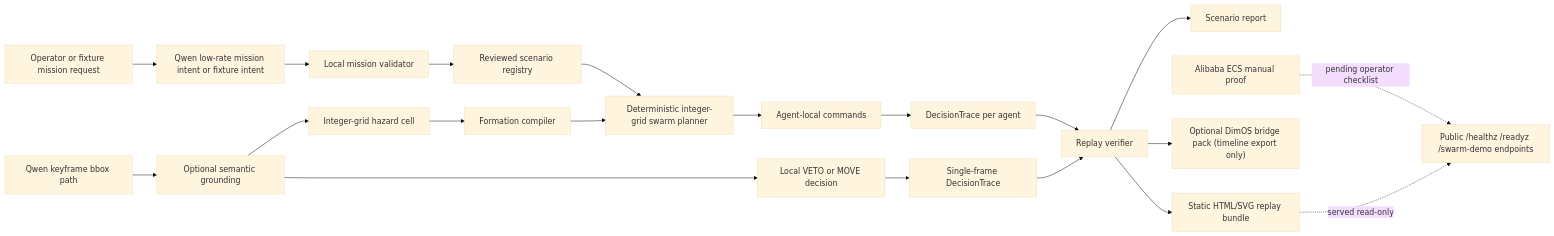
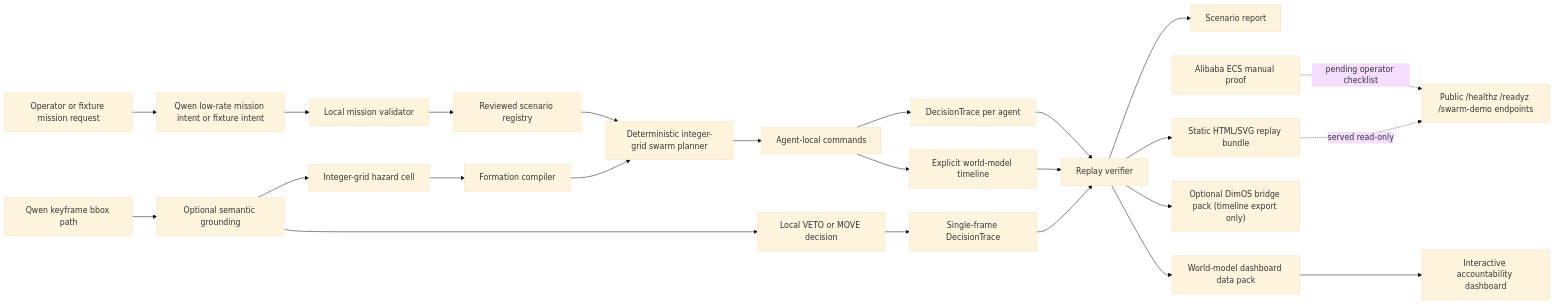
Before and after one commit to omarespejel/accountable-swarm: the diagram in docs/submission/architecture.md, drawn with Mermaid (base theme). The commit also changed other lines of this file and 7 other files, not shown here.

Commit message:
Add world model dashboard renderer

````diff
--- a/docs/submission/architecture.md
+++ b/docs/submission/architecture.md
@@ -17,25 +17,29 @@
 ```mermaid
 flowchart LR
     A["Operator or fixture mission request"] --> B["Qwen low-rate mission intent or fixture intent"]
     B --> C["Local mission validator"]
     C --> D["Reviewed scenario registry"]
     D --> E["Deterministic integer-grid swarm planner"]
     E --> F["Agent-local commands"]
     F --> G["DecisionTrace per agent"]
+    F --> W["Explicit world-model timeline"]
     G --> H["Replay verifier"]
+    W --> H
     H --> I["Scenario report"]
     H --> J["Static HTML/SVG replay bundle"]
+    H --> X["World-model dashboard data pack"]
+    X --> Y["Interactive accountability dashboard"]
     H --> S["Optional DimOS bridge pack (timeline export only)"]
 
     K["Qwen keyframe bbox path"] --> L["Optional semantic grounding"]
     L --> M["Local VETO or MOVE decision"]
     M --> N["Single-frame DecisionTrace"]
     N --> H
 
     L --> Q["Integer-grid hazard cell"]
     Q --> R["Formation compiler"]
     R --> E
 
     O["Alibaba ECS manual proof"] -. "pending operator checklist" .-> P["Public /healthz /readyz /swarm-demo endpoints"]
     J -. "served read-only" .-> P
 ```
````
